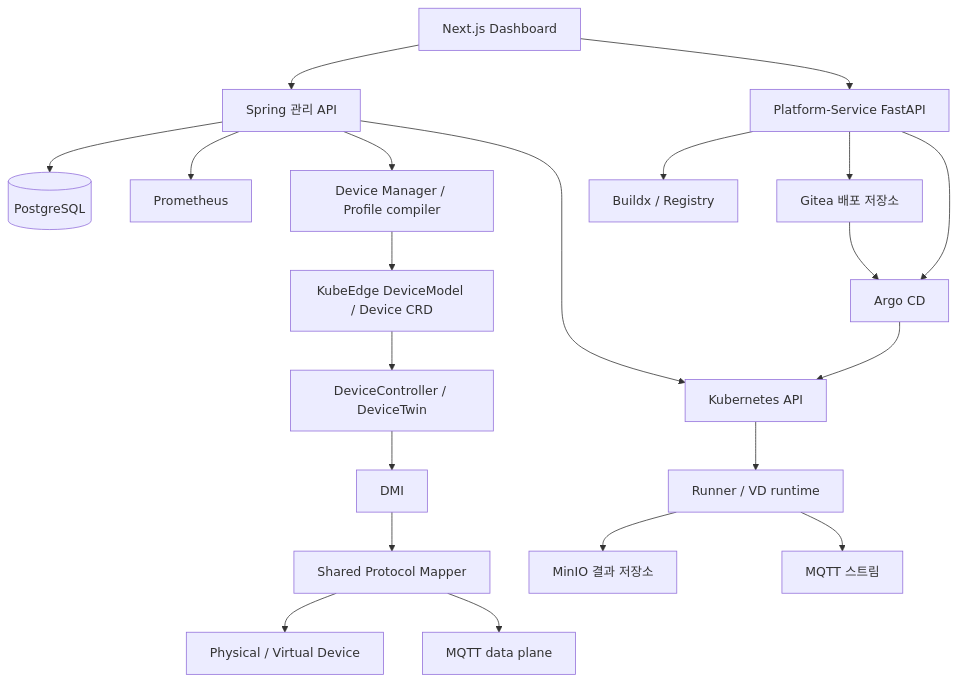
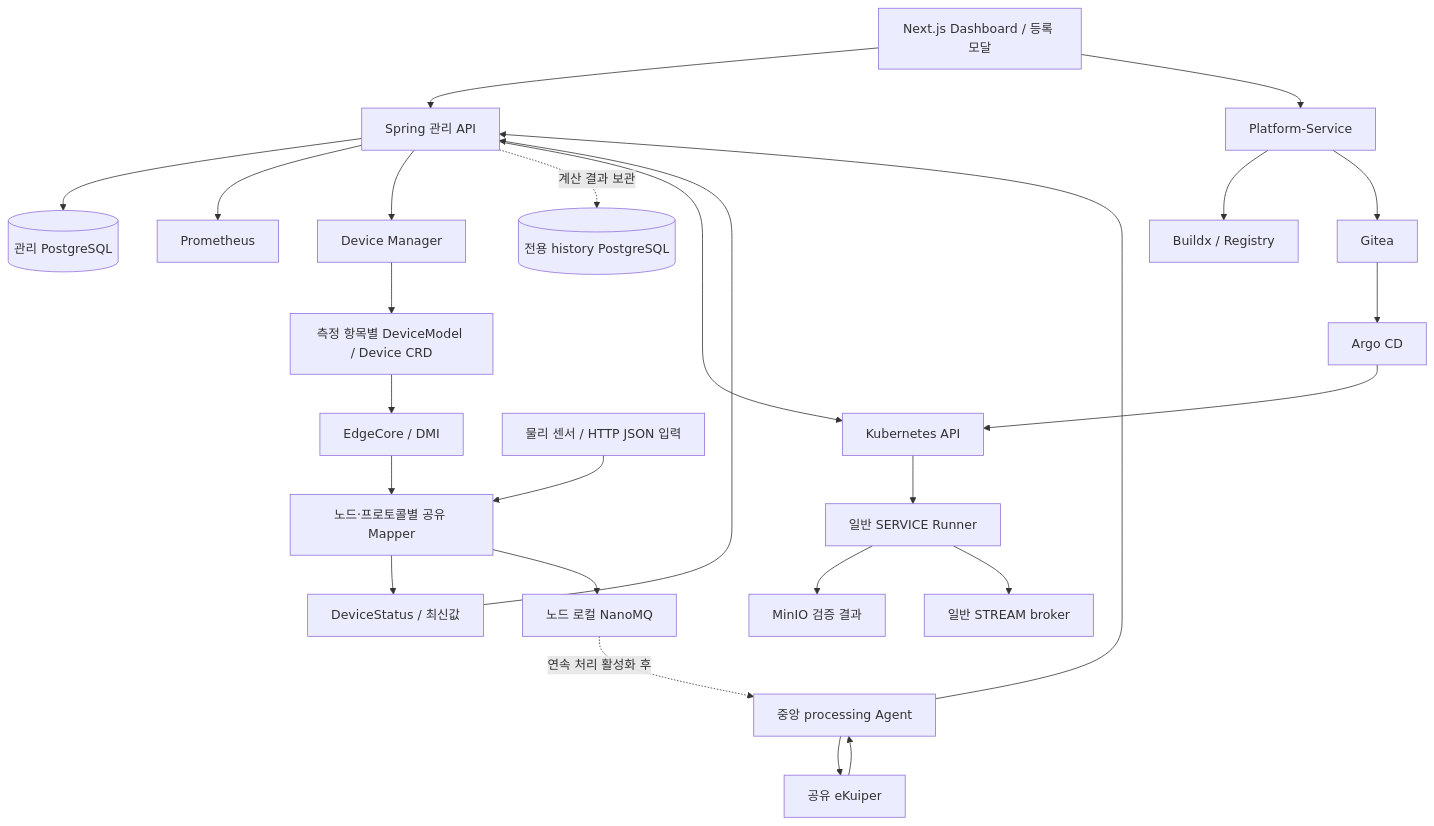
The diagram in docs/architecture/architecture.md (dsa04156/edgeai), drawn with Mermaid before and after one commit. The commit also changed other lines of this file and 22 other files, not shown here.

Commit message:
docs: align sensor and virtual device guides with current continuous processing

````diff
--- a/docs/architecture/architecture.md
+++ b/docs/architecture/architecture.md
@@ -11,23 +7,28 @@
 ```mermaid
 flowchart TB
-  UI[Next.js Dashboard] --> API[Spring 관리 API]
-  API --> DB[(PostgreSQL)]
+  UI[Next.js Dashboard / 등록 모달] --> API[Spring 관리 API]
+  API --> DB[(관리 PostgreSQL)]
   API --> PROM[Prometheus]
-  API --> DM[Device Manager / Profile compiler]
-  DM --> CRD[KubeEdge DeviceModel / Device CRD]
-  CRD --> DT[DeviceController / DeviceTwin]
-  DT --> DMI[DMI]
-  DMI --> MAP[Shared Protocol Mapper]
-  MAP --> DEV[Physical / Virtual Device]
-  MAP --> DATA[MQTT data plane]
+  API --> DM[Device Manager]
+  DM --> CRD[측정 항목별 DeviceModel / Device CRD]
+  CRD --> EC[EdgeCore / DMI]
+  EC --> MAP[노드·프로토콜별 공유 Mapper]
+  SENSOR[물리 센서 / HTTP JSON 입력] --> MAP
+  MAP --> STATUS[DeviceStatus / 최신값]
+  STATUS --> API
+  MAP --> NANO[노드 로컬 NanoMQ]
+  NANO -. 연속 처리 활성화 후 .-> PA[중앙 processing Agent]
+  PA --> EK[공유 eKuiper]
+  EK --> PA
+  PA --> API
+  API -. 계산 결과 보관 .-> HIST[(전용 history PostgreSQL)]
   API --> K[Kubernetes API]
-  K --> RUN[Runner / VD runtime]
-  RUN --> OBJ[MinIO 결과 저장소]
-  RUN --> MQTT[MQTT 스트림]
-  UI --> PS[Platform-Service FastAPI]
+  K --> RUN[일반 SERVICE Runner]
+  RUN --> OBJ[MinIO 검증 결과]
+  RUN --> MQTT[일반 STREAM broker]
+  UI --> PS[Platform-Service]
   PS --> BX[Buildx / Registry]
-  PS --> GIT[Gitea 배포 저장소]
-  PS --> ARGO[Argo CD]
-  GIT --> ARGO
+  PS --> GIT[Gitea]
+  GIT --> ARGO[Argo CD]
   ARGO --> K
 ```
````
